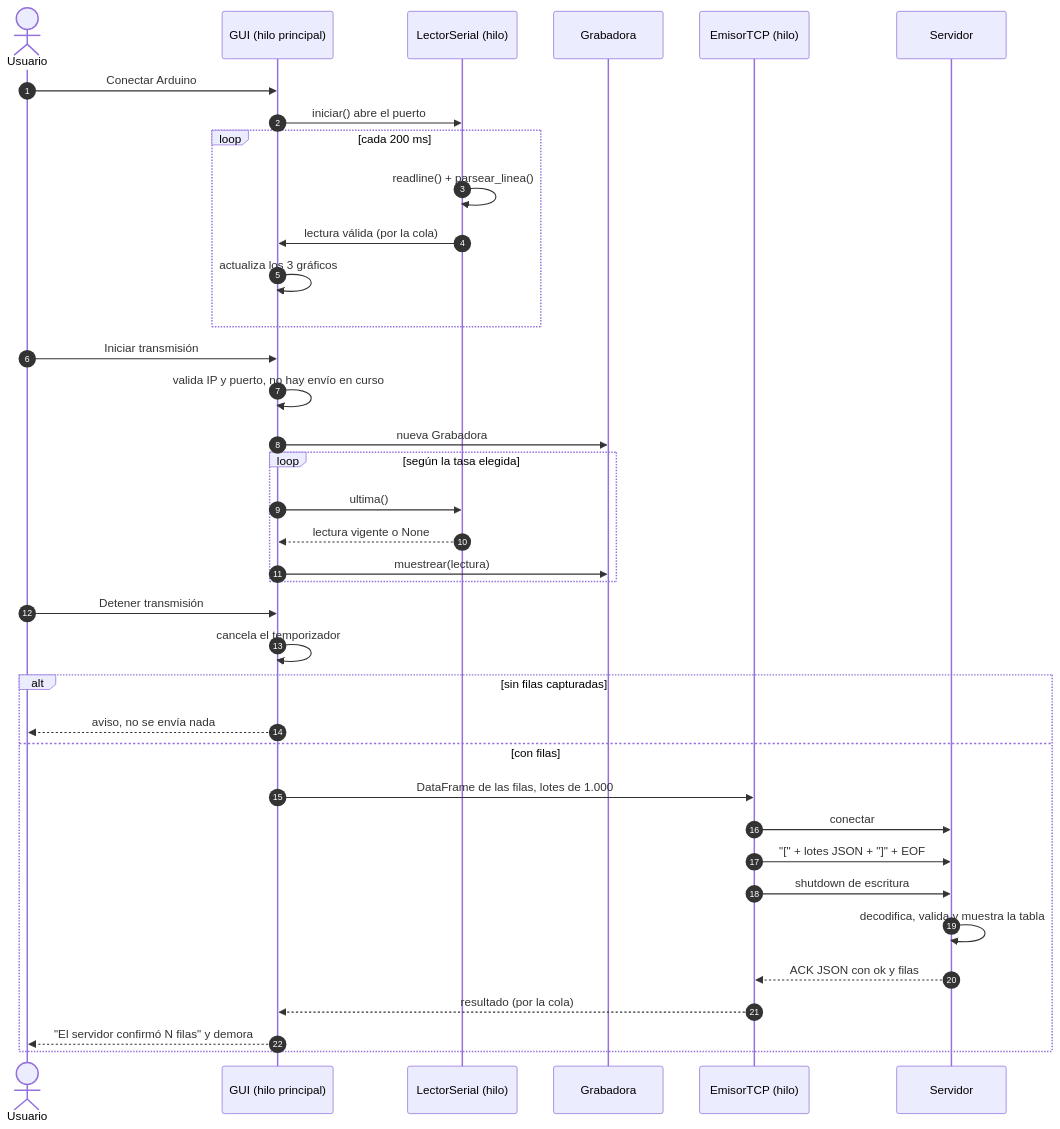
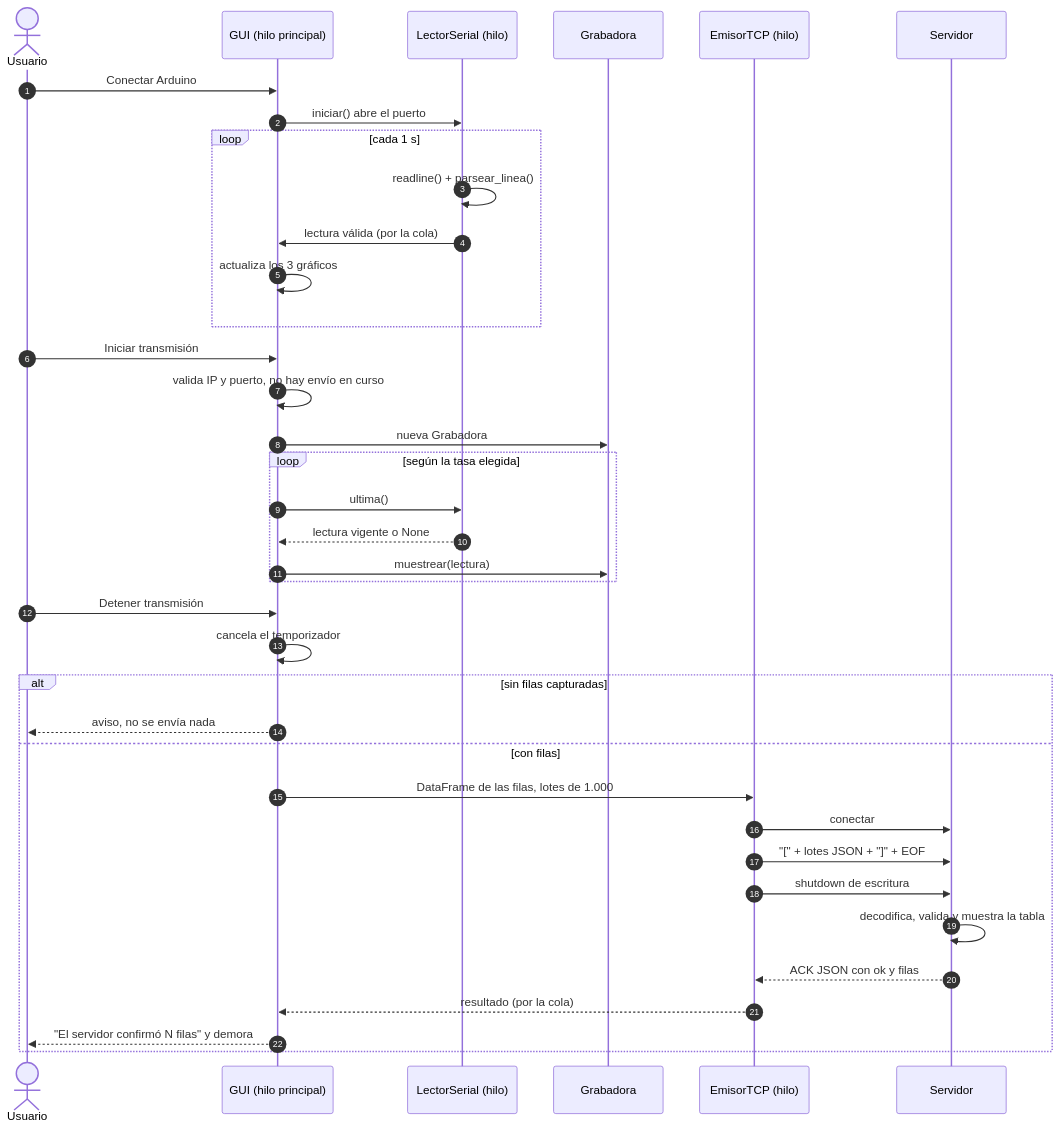
One commit to cescalantea/bigdata_evaluacion2 changed the second of 7 diagrams in docs/flujo_logico_arduino.md. Above: the diagram before and after it, drawn with Mermaid. The commit also changed other lines of this file and 4 other files, not shown here.

````diff
--- a/docs/flujo_logico_arduino.md
+++ b/docs/flujo_logico_arduino.md
@@ -50,42 +50,42 @@
 ```mermaid
 sequenceDiagram
     autonumber
     actor U as Usuario
     participant G as GUI (hilo principal)
     participant L as LectorSerial (hilo)
     participant R as Grabadora
     participant E as EmisorTCP (hilo)
     participant S as Servidor
 
     U->>G: Conectar Arduino
     G->>L: iniciar() abre el puerto
-    loop cada 200 ms
+    loop cada 1 s
         L->>L: readline() + parsear_linea()
         L->>G: lectura válida (por la cola)
         G->>G: actualiza los 3 gráficos
     end
 
     U->>G: Iniciar transmisión
     G->>G: valida IP y puerto, no hay envío en curso
     G->>R: nueva Grabadora
     loop según la tasa elegida
         G->>L: ultima()
         L-->>G: lectura vigente o None
         G->>R: muestrear(lectura)
     end
 
     U->>G: Detener transmisión
     G->>G: cancela el temporizador
     alt sin filas capturadas
         G-->>U: aviso, no se envía nada
     else con filas
         G->>E: DataFrame de las filas, lotes de 1.000
         E->>S: conectar
         E->>S: "[" + lotes JSON + "]" + EOF
         E->>S: shutdown de escritura
         S->>S: decodifica, valida y muestra la tabla
         S-->>E: ACK JSON con ok y filas
         E-->>G: resultado (por la cola)
         G-->>U: "El servidor confirmó N filas" y demora
     end
 ```
````
